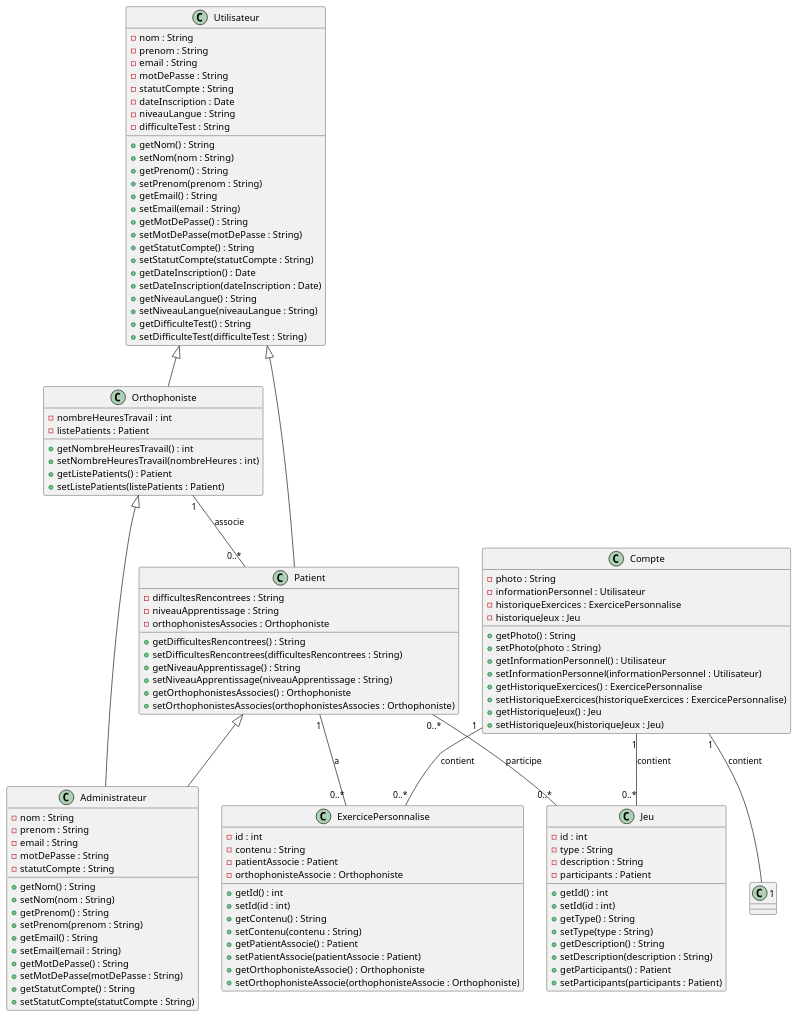
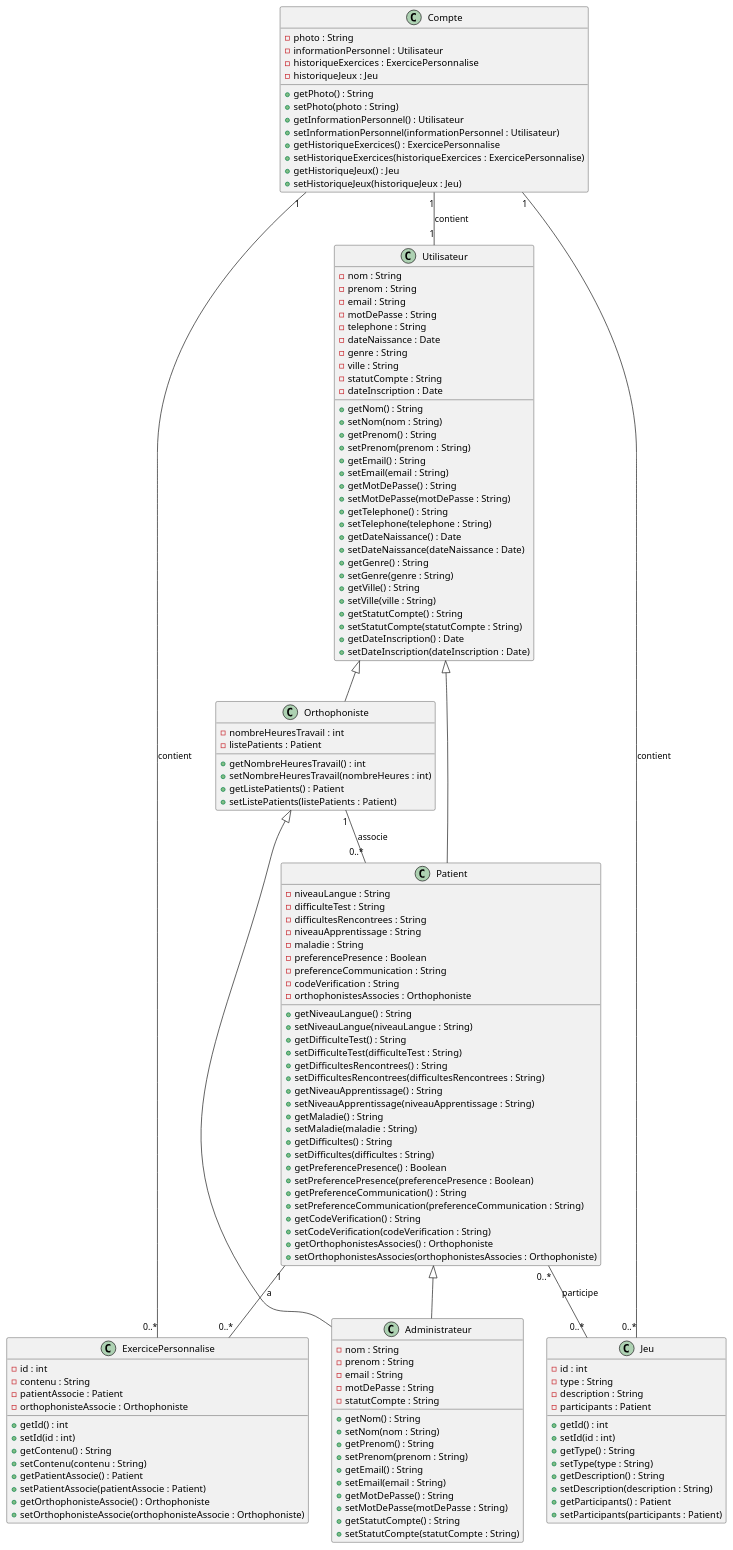
One commit to elamranibilel/Ortholib changed the diagram in analyse/UML/Class/class.wsd. Above: the diagram before and after it, drawn with PlantUML. The commit also changed 3 other files, not shown here.

Commit message:
sequence

```diff
--- a/analyse/UML/Class/class.wsd
+++ b/analyse/UML/Class/class.wsd
@@ -1,179 +1,158 @@
 @startuml Class
 
-/' class Visiteur {
+class Utilisateur {
     - nom : String
     - prenom : String
     - email : String
     - motDePasse : String
     - telephone : String
     - dateNaissance : Date
     - genre : String
     - ville : String
-    - maladie : String
-    - difficultes : String
-    - preferencePresence : Boolean
-    - preferenceCommunication : String
-    - codeVerification : String
     - statutCompte : String
     - dateInscription : Date
+    
 
     + getNom() : String
     + setNom(nom : String)
     + getPrenom() : String
     + setPrenom(prenom : String)
     + getEmail() : String
     + setEmail(email : String)
     + getMotDePasse() : String
     + setMotDePasse(motDePasse : String)
     + getTelephone() : String
     + setTelephone(telephone : String)
     + getDateNaissance() : Date
     + setDateNaissance(dateNaissance : Date)
     + getGenre() : String
     + setGenre(genre : String)
     + getVille() : String
     + setVille(ville : String)
-    + getMaladie() : String
-    + setMaladie(maladie : String)
-    + getDifficultes() : String
-    + setDifficultes(difficultes : String)
-    + getPreferencePresence() : Boolean
-    + setPreferencePresence(preferencePresence : Boolean)
-    + getPreferenceCommunication() : String
-    + setPreferenceCommunication(preferenceCommunication : String)
-    + getCodeVerification() : String
-    + setCodeVerification(codeVerification : String)
     + getStatutCompte() : String
     + setStatutCompte(statutCompte : String)
     + getDateInscription() : Date
     + setDateInscription(dateInscription : Date)
-}
- '/
-class Utilisateur {
-    - nom : String
-    - prenom : String
-    - email : String
-    - motDePasse : String
-    - statutCompte : String
-    - dateInscription : Date
-    - niveauLangue : String
-    - difficulteTest : String
-
-    + getNom() : String
-    + setNom(nom : String)
-    + getPrenom() : String
-    + setPrenom(prenom : String)
-    + getEmail() : String
-    + setEmail(email : String)
-    + getMotDePasse() : String
-    + setMotDePasse(motDePasse : String)
-    + getStatutCompte() : String
-    + setStatutCompte(statutCompte : String)
-    + getDateInscription() : Date
-    + setDateInscription(dateInscription : Date)
-    + getNiveauLangue() : String
-    + setNiveauLangue(niveauLangue : String)
-    + getDifficulteTest() : String
-    + setDifficulteTest(difficulteTest : String)
 }
 
 class Orthophoniste {
     - nombreHeuresTravail : int
     - listePatients : Patient
 
     + getNombreHeuresTravail() : int
     + setNombreHeuresTravail(nombreHeures : int)
     + getListePatients() : Patient
     + setListePatients(listePatients : Patient)
 }
 
 class Patient {
+    - niveauLangue : String
+    - difficulteTest : String
     - difficultesRencontrees : String
     - niveauApprentissage : String
+    - maladie : String
+    - preferencePresence : Boolean
+    - preferenceCommunication : String
+    - codeVerification : String
     - orthophonistesAssocies : Orthophoniste
+
+    + getNiveauLangue() : String
+    + setNiveauLangue(niveauLangue : String)
+    + getDifficulteTest() : String
+    + setDifficulteTest(difficulteTest : String)
     + getDifficultesRencontrees() : String
     + setDifficultesRencontrees(difficultesRencontrees : String)
     + getNiveauApprentissage() : String
     + setNiveauApprentissage(niveauApprentissage : String)
+    + getMaladie() : String
+    + setMaladie(maladie : String)
+    + getDifficultes() : String
+    + setDifficultes(difficultes : String)
+    + getPreferencePresence() : Boolean
+    + setPreferencePresence(preferencePresence : Boolean)
+    + getPreferenceCommunication() : String
+    + setPreferenceCommunication(preferenceCommunication : String)
+    + getCodeVerification() : String
+    + setCodeVerification(codeVerification : String)
     + getOrthophonistesAssocies() : Orthophoniste
     + setOrthophonistesAssocies(orthophonistesAssocies : Orthophoniste)
 }
 
 class Administrateur {
     - nom : String
     - prenom : String
     - email : String
     - motDePasse : String
     - statutCompte : String
 
     + getNom() : String
     + setNom(nom : String)
     + getPrenom() : String
     + setPrenom(prenom : String)
     + getEmail() : String
     + setEmail(email : String)
     + getMotDePasse() : String
     + setMotDePasse(motDePasse : String)
     + getStatutCompte() : String
     + setStatutCompte(statutCompte : String)
 }
 
 class Compte {
     - photo : String
     - informationPersonnel : Utilisateur
     - historiqueExercices : ExercicePersonnalise
     - historiqueJeux : Jeu
     + getPhoto() : String
     + setPhoto(photo : String)
     + getInformationPersonnel() : Utilisateur
     + setInformationPersonnel(informationPersonnel : Utilisateur)
     + getHistoriqueExercices() : ExercicePersonnalise
     + setHistoriqueExercices(historiqueExercices : ExercicePersonnalise)
     + getHistoriqueJeux() : Jeu
     + setHistoriqueJeux(historiqueJeux : Jeu)
 }
 
 class Jeu {
     - id : int
     - type : String
     - description : String
     - participants : Patient
     + getId() : int
     + setId(id : int)
     + getType() : String
     + setType(type : String)
     + getDescription() : String
     + setDescription(description : String)
     + getParticipants() : Patient
     + setParticipants(participants : Patient)
 }
 
 class ExercicePersonnalise {
     - id : int
     - contenu : String
     - patientAssocie : Patient
     - orthophonisteAssocie : Orthophoniste
     + getId() : int
     + setId(id : int)
     + getContenu() : String
     + setContenu(contenu : String)
     + getPatientAssocie() : Patient
     + setPatientAssocie(patientAssocie : Patient)
     + getOrthophonisteAssocie() : Orthophoniste
     + setOrthophonisteAssocie(orthophonisteAssocie : Orthophoniste)
 }
 
 
 
 Utilisateur <|-- Orthophoniste
 Utilisateur <|-- Patient
 Orthophoniste <|-- Administrateur 
 Patient <|-- Administrateur 
 Orthophoniste "1" -- "0..*" Patient : associe
 Patient "0..*" -- "0..*" Jeu : participe
 Patient "1" -- "0..*" ExercicePersonnalise : a
 Compte "1" -- "0..*" ExercicePersonnalise : contient
 Compte "1" -- "0..*" Jeu : contient
-Compte "1" -- "1" : contient
+Compte "1" -- "1" Utilisateur : contient
 
 @enduml
```
